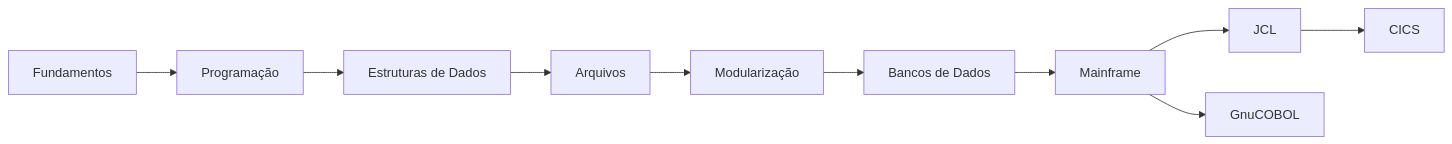
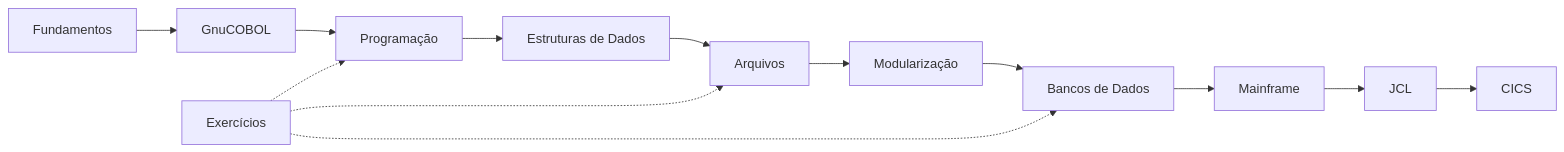
Before and after one commit to infra-linux/infra-linux.github.io: the diagram in programacao/cobol/index.md, drawn with Mermaid. The commit also changed other lines of this file, not shown here.

````diff
--- a/programacao/cobol/index.md
+++ b/programacao/cobol/index.md
@@ -95,12 +105,15 @@
 ```mermaid
 flowchart LR
-    Fundamentos --> Programacao["Programação"]
+    Fundamentos --> GnuCOBOL
+    GnuCOBOL --> Programacao["Programação"]
     Programacao --> Dados["Estruturas de Dados"]
     Dados --> Arquivos
     Arquivos --> Modularizacao["Modularização"]
     Modularizacao --> DB["Bancos de Dados"]
     DB --> Mainframe
     Mainframe --> JCL
     JCL --> CICS
-    Mainframe --> GnuCOBOL
+    Exercicios["Exercícios"] -.-> Programacao
+    Exercicios -.-> Arquivos
+    Exercicios -.-> DB
 ```
````
